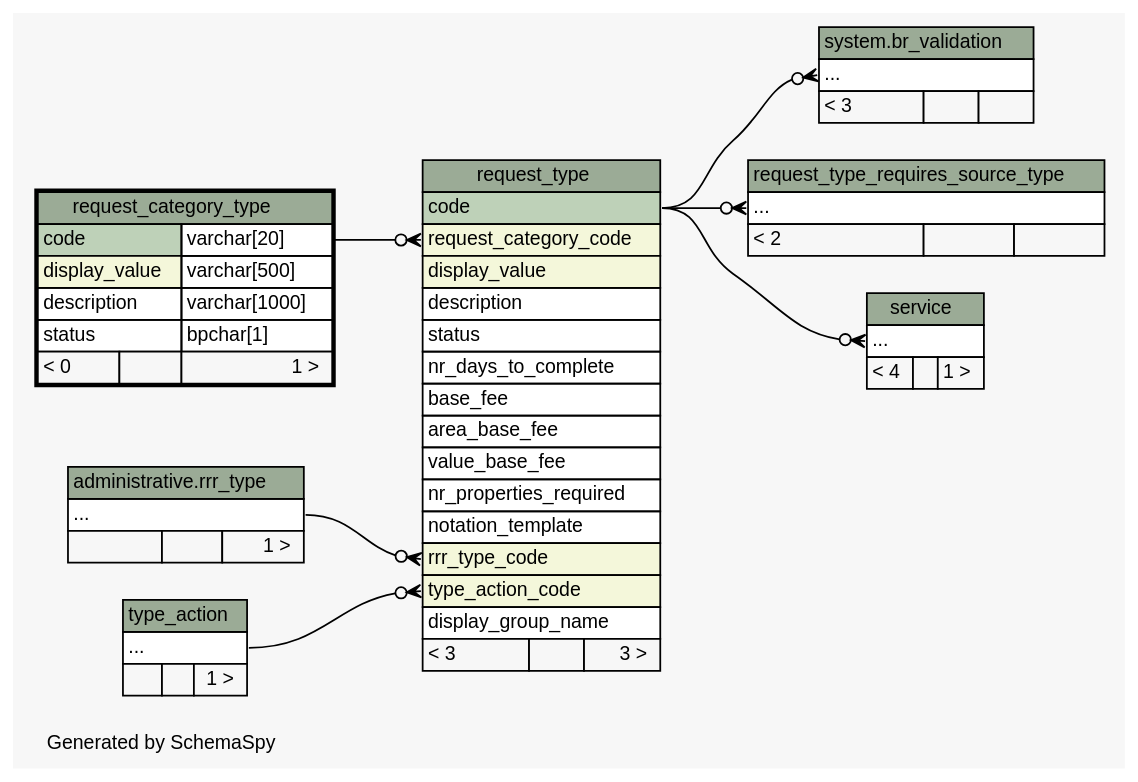
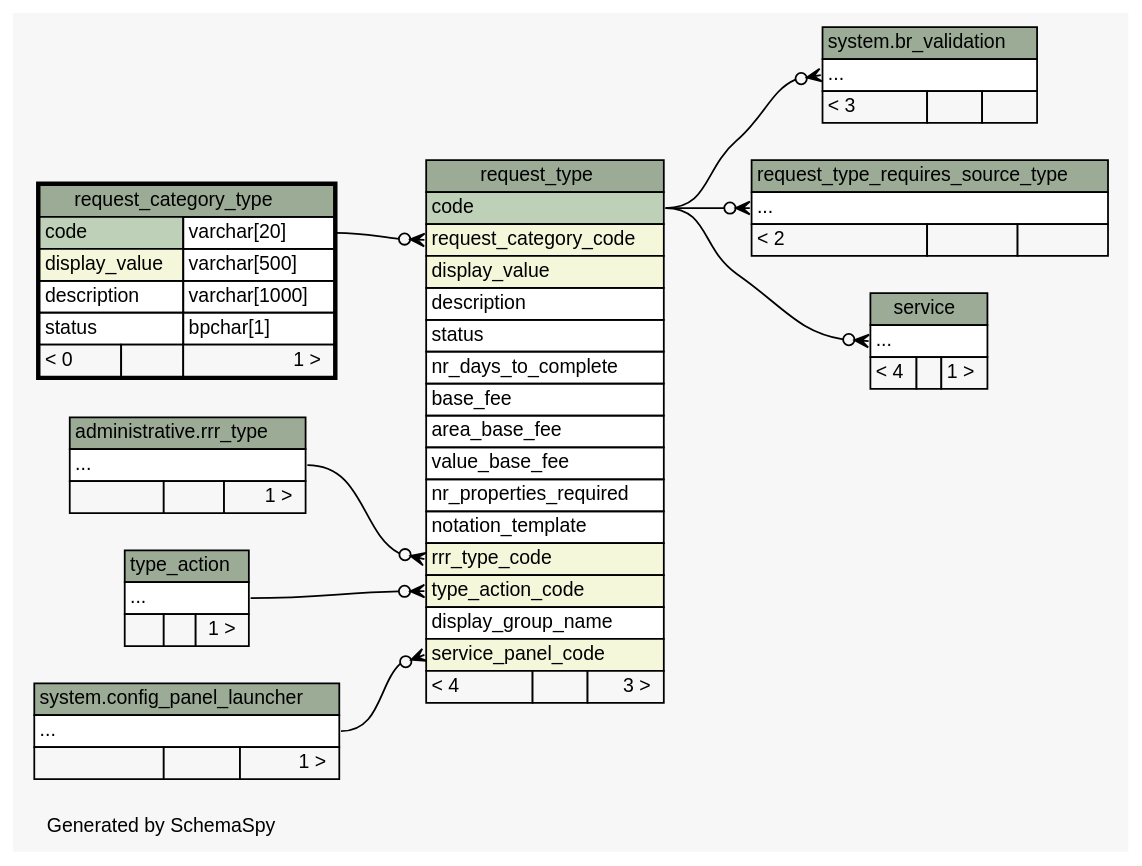
Before and after one commit to SOLA-FAO/database_sola: the diagram in doc/application/diagrams/request_category_type.2degrees.dot, drawn with Graphviz. The commit also changed 548 other files, not shown here.

```diff
--- a/doc/application/diagrams/request_category_type.2degrees.dot
+++ b/doc/application/diagrams/request_category_type.2degrees.dot
@@ -1,114 +1,126 @@
 // dot 2.36.0 on Windows 7 6.1
 // SchemaSpy rev 590
 digraph "twoDegreesRelationshipsDiagram" {
   graph [
     rankdir="RL"
     bgcolor="#f7f7f7"
     label="\nGenerated by SchemaSpy"
     labeljust="l"
     nodesep="0.18"
     ranksep="0.46"
     fontname="Helvetica"
     fontsize="11"
   ];
   node [
     fontname="Helvetica"
     fontsize="11"
     shape="plaintext"
   ];
   edge [
     arrowsize="0.8"
   ];
   "system.br_validation":"elipses":w -> "request_type":"code":e [arrowhead=none dir=back arrowtail=crowodot];
   "request_type":"request_category_code":w -> "request_category_type":"code.type":e [arrowhead=none dir=back arrowtail=crowodot];
   "request_type":"rrr_type_code":w -> "administrative.rrr_type":"elipses":e [arrowhead=none dir=back arrowtail=crowodot];
+  "request_type":"service_panel_code":w -> "system.config_panel_launcher":"elipses":e [arrowhead=none dir=back arrowtail=crowodot];
   "request_type":"type_action_code":w -> "type_action":"elipses":e [arrowhead=none dir=back arrowtail=crowodot];
   "request_type_requires_source_type":"elipses":w -> "request_type":"code":e [arrowhead=none dir=back arrowtail=crowodot];
   "service":"elipses":w -> "request_type":"code":e [arrowhead=none dir=back arrowtail=crowodot];
   "system.br_validation" [
     label=<
     <TABLE BORDER="0" CELLBORDER="1" CELLSPACING="0" BGCOLOR="#ffffff">
       <TR><TD COLSPAN="3" BGCOLOR="#9bab96" ALIGN="CENTER">system.br_validation</TD></TR>
       <TR><TD PORT="elipses" COLSPAN="3" ALIGN="LEFT">...</TD></TR>
       <TR><TD ALIGN="LEFT" BGCOLOR="#f7f7f7">&lt; 3</TD><TD ALIGN="RIGHT" BGCOLOR="#f7f7f7">  </TD><TD ALIGN="RIGHT" BGCOLOR="#f7f7f7">  </TD></TR>
     </TABLE>>
     URL="../../system/tables/br_validation.html"
     tooltip="system.br_validation"
+  ];
+  "system.config_panel_launcher" [
+    label=<
+    <TABLE BORDER="0" CELLBORDER="1" CELLSPACING="0" BGCOLOR="#ffffff">
+      <TR><TD COLSPAN="3" BGCOLOR="#9bab96" ALIGN="CENTER">system.config_panel_launcher</TD></TR>
+      <TR><TD PORT="elipses" COLSPAN="3" ALIGN="LEFT">...</TD></TR>
+      <TR><TD ALIGN="LEFT" BGCOLOR="#f7f7f7">  </TD><TD ALIGN="RIGHT" BGCOLOR="#f7f7f7">  </TD><TD ALIGN="RIGHT" BGCOLOR="#f7f7f7">1 &gt;</TD></TR>
+    </TABLE>>
+    URL="../../system/tables/config_panel_launcher.html"
+    tooltip="system.config_panel_launcher"
   ];
   "request_category_type" [
     label=<
     <TABLE BORDER="2" CELLBORDER="1" CELLSPACING="0" BGCOLOR="#ffffff">
       <TR><TD COLSPAN="3" BGCOLOR="#9bab96" ALIGN="CENTER">request_category_type</TD></TR>
       <TR><TD PORT="code" COLSPAN="2" BGCOLOR="#bed1b8" ALIGN="LEFT">code</TD><TD PORT="code.type" ALIGN="LEFT">varchar[20]</TD></TR>
       <TR><TD PORT="display_value" COLSPAN="2" BGCOLOR="#f4f7da" ALIGN="LEFT">display_value</TD><TD PORT="display_value.type" ALIGN="LEFT">varchar[500]</TD></TR>
       <TR><TD PORT="description" COLSPAN="2" ALIGN="LEFT">description</TD><TD PORT="description.type" ALIGN="LEFT">varchar[1000]</TD></TR>
       <TR><TD PORT="status" COLSPAN="2" ALIGN="LEFT">status</TD><TD PORT="status.type" ALIGN="LEFT">bpchar[1]</TD></TR>
       <TR><TD ALIGN="LEFT" BGCOLOR="#f7f7f7">&lt; 0</TD><TD ALIGN="RIGHT" BGCOLOR="#f7f7f7">  </TD><TD ALIGN="RIGHT" BGCOLOR="#f7f7f7">1 &gt;</TD></TR>
     </TABLE>>
     URL="request_category_type.html"
     tooltip="request_category_type"
   ];
   "request_type" [
     label=<
     <TABLE BORDER="0" CELLBORDER="1" CELLSPACING="0" BGCOLOR="#ffffff">
       <TR><TD COLSPAN="3" BGCOLOR="#9bab96" ALIGN="CENTER">request_type</TD></TR>
       <TR><TD PORT="code" COLSPAN="3" BGCOLOR="#bed1b8" ALIGN="LEFT">code</TD></TR>
       <TR><TD PORT="request_category_code" COLSPAN="3" BGCOLOR="#f4f7da" ALIGN="LEFT">request_category_code</TD></TR>
       <TR><TD PORT="display_value" COLSPAN="3" BGCOLOR="#f4f7da" ALIGN="LEFT">display_value</TD></TR>
       <TR><TD PORT="description" COLSPAN="3" ALIGN="LEFT">description</TD></TR>
       <TR><TD PORT="status" COLSPAN="3" ALIGN="LEFT">status</TD></TR>
       <TR><TD PORT="nr_days_to_complete" COLSPAN="3" ALIGN="LEFT">nr_days_to_complete</TD></TR>
       <TR><TD PORT="base_fee" COLSPAN="3" ALIGN="LEFT">base_fee</TD></TR>
       <TR><TD PORT="area_base_fee" COLSPAN="3" ALIGN="LEFT">area_base_fee</TD></TR>
       <TR><TD PORT="value_base_fee" COLSPAN="3" ALIGN="LEFT">value_base_fee</TD></TR>
       <TR><TD PORT="nr_properties_required" COLSPAN="3" ALIGN="LEFT">nr_properties_required</TD></TR>
       <TR><TD PORT="notation_template" COLSPAN="3" ALIGN="LEFT">notation_template</TD></TR>
       <TR><TD PORT="rrr_type_code" COLSPAN="3" BGCOLOR="#f4f7da" ALIGN="LEFT">rrr_type_code</TD></TR>
       <TR><TD PORT="type_action_code" COLSPAN="3" BGCOLOR="#f4f7da" ALIGN="LEFT">type_action_code</TD></TR>
       <TR><TD PORT="display_group_name" COLSPAN="3" ALIGN="LEFT">display_group_name</TD></TR>
-      <TR><TD ALIGN="LEFT" BGCOLOR="#f7f7f7">&lt; 3</TD><TD ALIGN="RIGHT" BGCOLOR="#f7f7f7">  </TD><TD ALIGN="RIGHT" BGCOLOR="#f7f7f7">3 &gt;</TD></TR>
+      <TR><TD PORT="service_panel_code" COLSPAN="3" BGCOLOR="#f4f7da" ALIGN="LEFT">service_panel_code</TD></TR>
+      <TR><TD ALIGN="LEFT" BGCOLOR="#f7f7f7">&lt; 4</TD><TD ALIGN="RIGHT" BGCOLOR="#f7f7f7">  </TD><TD ALIGN="RIGHT" BGCOLOR="#f7f7f7">3 &gt;</TD></TR>
     </TABLE>>
     URL="request_type.html"
     tooltip="request_type"
   ];
   "request_type_requires_source_type" [
     label=<
     <TABLE BORDER="0" CELLBORDER="1" CELLSPACING="0" BGCOLOR="#ffffff">
       <TR><TD COLSPAN="3" BGCOLOR="#9bab96" ALIGN="CENTER">request_type_requires_source_type</TD></TR>
       <TR><TD PORT="elipses" COLSPAN="3" ALIGN="LEFT">...</TD></TR>
       <TR><TD ALIGN="LEFT" BGCOLOR="#f7f7f7">&lt; 2</TD><TD ALIGN="RIGHT" BGCOLOR="#f7f7f7">  </TD><TD ALIGN="RIGHT" BGCOLOR="#f7f7f7">  </TD></TR>
     </TABLE>>
     URL="request_type_requires_source_type.html"
     tooltip="request_type_requires_source_type"
   ];
   "administrative.rrr_type" [
     label=<
     <TABLE BORDER="0" CELLBORDER="1" CELLSPACING="0" BGCOLOR="#ffffff">
       <TR><TD COLSPAN="3" BGCOLOR="#9bab96" ALIGN="CENTER">administrative.rrr_type</TD></TR>
       <TR><TD PORT="elipses" COLSPAN="3" ALIGN="LEFT">...</TD></TR>
       <TR><TD ALIGN="LEFT" BGCOLOR="#f7f7f7">  </TD><TD ALIGN="RIGHT" BGCOLOR="#f7f7f7">  </TD><TD ALIGN="RIGHT" BGCOLOR="#f7f7f7">1 &gt;</TD></TR>
     </TABLE>>
     URL="../../administrative/tables/rrr_type.html"
     tooltip="administrative.rrr_type"
   ];
   "service" [
     label=<
     <TABLE BORDER="0" CELLBORDER="1" CELLSPACING="0" BGCOLOR="#ffffff">
       <TR><TD COLSPAN="3" BGCOLOR="#9bab96" ALIGN="CENTER">service</TD></TR>
       <TR><TD PORT="elipses" COLSPAN="3" ALIGN="LEFT">...</TD></TR>
       <TR><TD ALIGN="LEFT" BGCOLOR="#f7f7f7">&lt; 4</TD><TD ALIGN="RIGHT" BGCOLOR="#f7f7f7">  </TD><TD ALIGN="RIGHT" BGCOLOR="#f7f7f7">1 &gt;</TD></TR>
     </TABLE>>
     URL="service.html"
     tooltip="service"
   ];
   "type_action" [
     label=<
     <TABLE BORDER="0" CELLBORDER="1" CELLSPACING="0" BGCOLOR="#ffffff">
       <TR><TD COLSPAN="3" BGCOLOR="#9bab96" ALIGN="CENTER">type_action</TD></TR>
       <TR><TD PORT="elipses" COLSPAN="3" ALIGN="LEFT">...</TD></TR>
       <TR><TD ALIGN="LEFT" BGCOLOR="#f7f7f7">  </TD><TD ALIGN="RIGHT" BGCOLOR="#f7f7f7">  </TD><TD ALIGN="RIGHT" BGCOLOR="#f7f7f7">1 &gt;</TD></TR>
     </TABLE>>
     URL="type_action.html"
     tooltip="type_action"
   ];
 }
```
